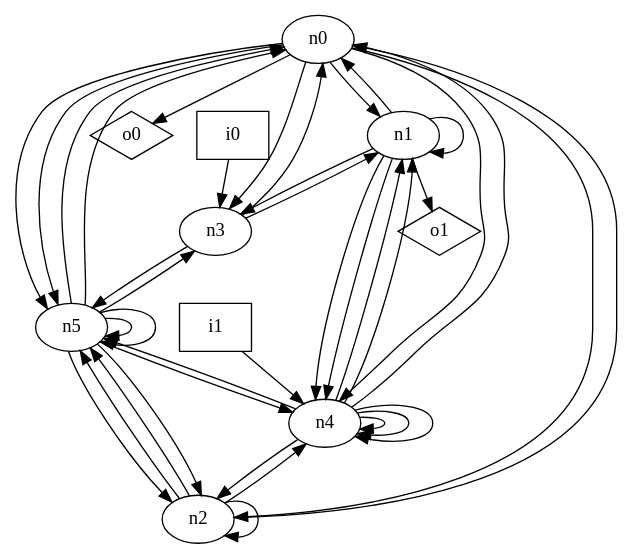
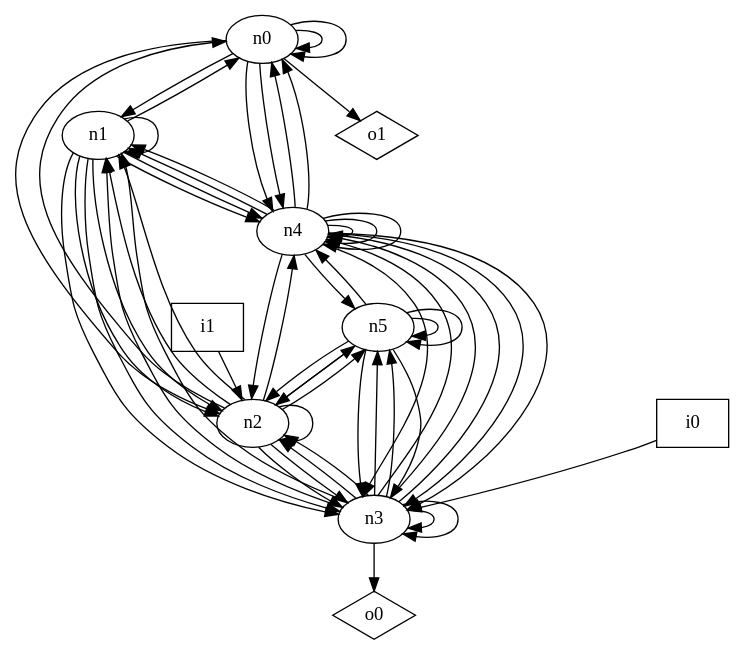
Before and after one commit to p9romain/bool-circuits: the diagram in dot_files/random/random_undirected_graph.dot, drawn with Graphviz. The commit also changed 29 other files, not shown here.

```diff
--- a/dot_files/random/random_undirected_graph.dot
+++ b/dot_files/random/random_undirected_graph.dot
@@ -1,51 +1,69 @@
 digraph G {
 n0 [label="n0"];
 n1 [label="n1"];
 n2 [label="n2"];
 n3 [label="n3"];
 n4 [label="n4"];
 n5 [label="n5"];
 n6 [label="i0",shape="box"];
 n7 [label="i1",shape="box"];
 n8 [label="o0",shape="diamond"];
 n9 [label="o1",shape="diamond"];
+n0 -> n0
+n0 -> n0
 n0 -> n1
 n0 -> n2
-n0 -> n3
 n0 -> n4
-n0 -> n5
-n0 -> n5
-n0 -> n8
+n0 -> n4
+n0 -> n9
 n1 -> n0
 n1 -> n1
+n1 -> n2
+n1 -> n2
+n1 -> n3
 n1 -> n3
 n1 -> n4
 n1 -> n4
-n1 -> n9
 n2 -> n0
+n2 -> n1
+n2 -> n1
 n2 -> n2
+n2 -> n3
+n2 -> n3
 n2 -> n4
 n2 -> n5
 n2 -> n5
-n3 -> n0
 n3 -> n1
+n3 -> n1
+n3 -> n2
+n3 -> n2
+n3 -> n3
+n3 -> n3
+n3 -> n4
+n3 -> n4
+n3 -> n4
 n3 -> n5
+n3 -> n5
+n3 -> n8
+n4 -> n0
 n4 -> n0
 n4 -> n1
 n4 -> n1
 n4 -> n2
+n4 -> n3
+n4 -> n3
+n4 -> n3
 n4 -> n4
 n4 -> n4
 n4 -> n4
 n4 -> n5
-n5 -> n0
-n5 -> n0
 n5 -> n2
 n5 -> n2
+n5 -> n3
 n5 -> n3
 n5 -> n4
 n5 -> n5
 n5 -> n5
 n6 -> n3
-n7 -> n4
+n7 -> n2
 }
```
